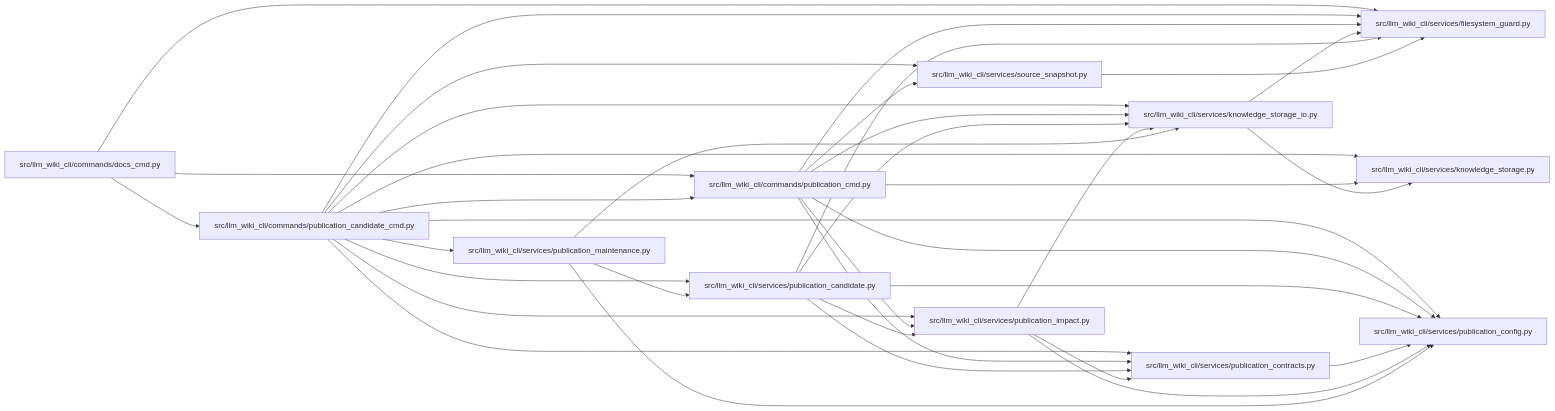
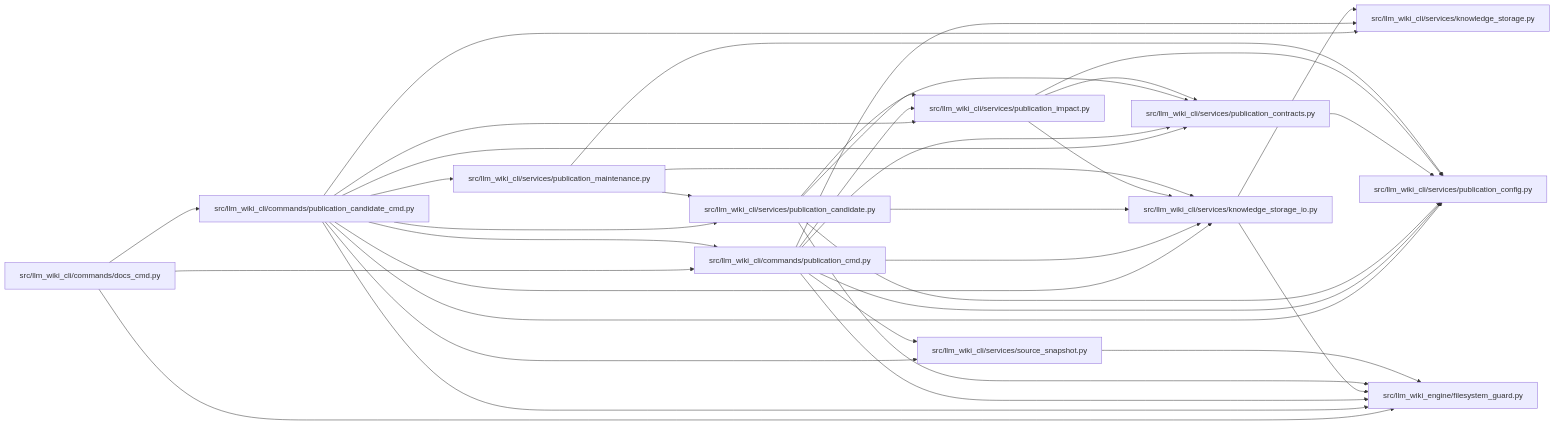
Before and after one commit to Denissvgn/python-wiki-llm: the diagram in docs/llm_wiki/modules/publication_candidate_cmd.md, drawn with Mermaid. The commit also changed other lines of this file and 739 other files, not shown here.

First line of the commit message:
docs: refresh the wiki for the second engine batch

````diff
--- a/docs/llm_wiki/modules/publication_candidate_cmd.md
+++ b/docs/llm_wiki/modules/publication_candidate_cmd.md
@@ -31,62 +31,62 @@
 ```mermaid
 flowchart LR
     n0["src/llm_wiki_cli/commands/docs_cmd.py"]
     n1["src/llm_wiki_cli/commands/publication_candidate_cmd.py"]
     n2["src/llm_wiki_cli/commands/publication_cmd.py"]
-    n3["src/llm_wiki_cli/services/filesystem_guard.py"]
-    n4["src/llm_wiki_cli/services/knowledge_storage.py"]
-    n5["src/llm_wiki_cli/services/knowledge_storage_io.py"]
-    n6["src/llm_wiki_cli/services/publication_candidate.py"]
-    n7["src/llm_wiki_cli/services/publication_config.py"]
-    n8["src/llm_wiki_cli/services/publication_contracts.py"]
-    n9["src/llm_wiki_cli/services/publication_impact.py"]
-    n10["src/llm_wiki_cli/services/publication_maintenance.py"]
-    n11["src/llm_wiki_cli/services/source_snapshot.py"]
+    n3["src/llm_wiki_cli/services/knowledge_storage.py"]
+    n4["src/llm_wiki_cli/services/knowledge_storage_io.py"]
+    n5["src/llm_wiki_cli/services/publication_candidate.py"]
+    n6["src/llm_wiki_cli/services/publication_config.py"]
+    n7["src/llm_wiki_cli/services/publication_contracts.py"]
+    n8["src/llm_wiki_cli/services/publication_impact.py"]
+    n9["src/llm_wiki_cli/services/publication_maintenance.py"]
+    n10["src/llm_wiki_cli/services/source_snapshot.py"]
+    n11["src/llm_wiki_engine/filesystem_guard.py"]
     n0 --> n1
     n0 --> n2
-    n0 --> n3
+    n0 --> n11
     n1 --> n2
     n1 --> n3
     n1 --> n4
     n1 --> n5
     n1 --> n6
     n1 --> n7
     n1 --> n8
     n1 --> n9
     n1 --> n10
     n1 --> n11
     n2 --> n3
     n2 --> n4
-    n2 --> n5
+    n2 --> n6
     n2 --> n7
     n2 --> n8
-    n2 --> n9
+    n2 --> n10
     n2 --> n11
-    n5 --> n3
+    n4 --> n3
+    n4 --> n11
     n5 --> n4
-    n6 --> n3
-    n6 --> n5
-    n6 --> n7
-    n6 --> n8
-    n6 --> n9
+    n5 --> n6
+    n5 --> n7
+    n5 --> n8
+    n5 --> n11
+    n7 --> n6
+    n8 --> n4
+    n8 --> n6
     n8 --> n7
+    n9 --> n4
     n9 --> n5
-    n9 --> n7
-    n9 --> n8
-    n10 --> n5
-    n10 --> n6
-    n10 --> n7
-    n11 --> n3
+    n9 --> n6
+    n10 --> n11
     click n0 "../modules/docs_cmd.md"
     click n1 "../modules/publication_candidate_cmd.md"
     click n2 "../modules/publication_cmd.md"
-    click n3 "../modules/filesystem_guard.md"
-    click n4 "../modules/knowledge_storage.md"
-    click n5 "../modules/knowledge_storage_io.md"
-    click n6 "../modules/publication_candidate.md"
-    click n7 "../modules/publication_config.md"
-    click n8 "../modules/publication_contracts.md"
-    click n9 "../modules/publication_impact.md"
-    click n10 "../modules/publication_maintenance.md"
-    click n11 "../modules/source_snapshot.md"
+    click n3 "../modules/knowledge_storage.md"
+    click n4 "../modules/knowledge_storage_io.md"
+    click n5 "../modules/publication_candidate.md"
+    click n6 "../modules/publication_config.md"
+    click n7 "../modules/publication_contracts.md"
+    click n8 "../modules/publication_impact.md"
+    click n9 "../modules/publication_maintenance.md"
+    click n10 "../modules/source_snapshot.md"
+    click n11 "../modules/filesystem_guard.md"
 ```
````
